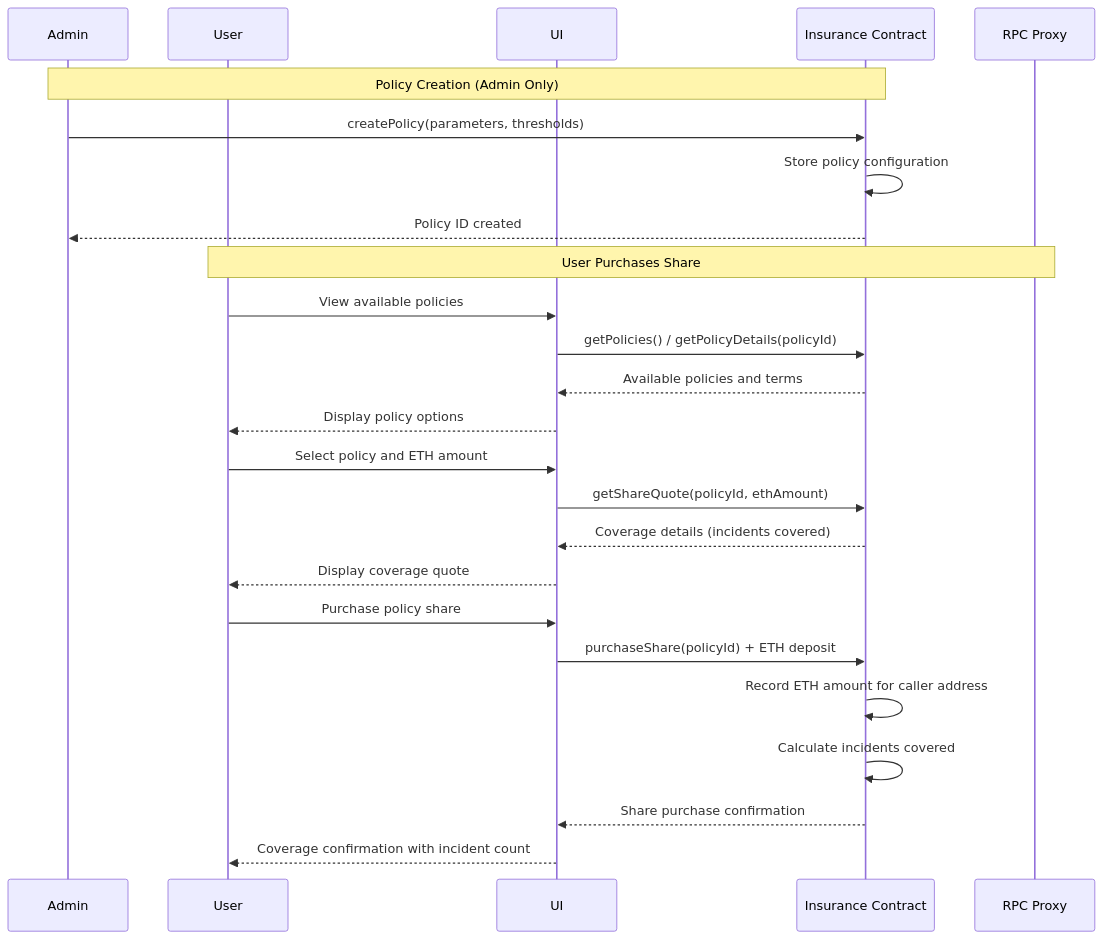
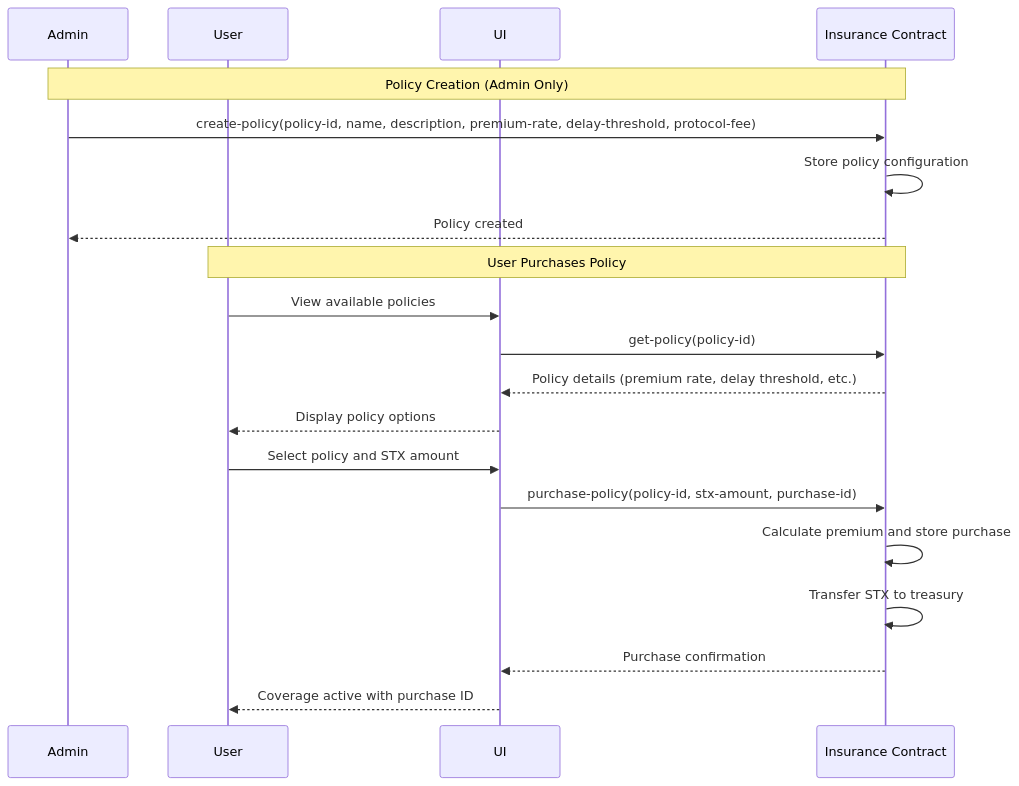
The first of 4 diagrams in README.md (AmaanSayyad/HyperInsure), drawn with Mermaid before and after one commit. The commit also changed other lines of this file and 1 other file, not shown here.

````diff
--- a/README.md
+++ b/README.md
@@ -34,29 +37,24 @@
 ```mermaid
 sequenceDiagram
     participant Admin
     participant User
     participant UI
     participant Insurance Contract
-    participant RPC Proxy
 
     Note over Admin, Insurance Contract: Policy Creation (Admin Only)
-    Admin->>Insurance Contract: createPolicy(parameters, thresholds)
+    Admin->>Insurance Contract: create-policy(policy-id, name, description, premium-rate, delay-threshold, protocol-fee)
     Insurance Contract->>Insurance Contract: Store policy configuration
-    Insurance Contract-->>Admin: Policy ID created
+    Insurance Contract-->>Admin: Policy created
 
-    Note over User, RPC Proxy: User Purchases Share
+    Note over User, Insurance Contract: User Purchases Policy
     User->>UI: View available policies
-    UI->>Insurance Contract: getPolicies() / getPolicyDetails(policyId)
-    Insurance Contract-->>UI: Available policies and terms
+    UI->>Insurance Contract: get-policy(policy-id)
+    Insurance Contract-->>UI: Policy details (premium rate, delay threshold, etc.)
     UI-->>User: Display policy options
-    User->>UI: Select policy and ETH amount
-    UI->>Insurance Contract: getShareQuote(policyId, ethAmount)
-    Insurance Contract-->>UI: Coverage details (incidents covered)
-    UI-->>User: Display coverage quote
-    User->>UI: Purchase policy share
-    UI->>Insurance Contract: purchaseShare(policyId) + ETH deposit
-    Insurance Contract->>Insurance Contract: Record ETH amount for caller address
-    Insurance Contract->>Insurance Contract: Calculate incidents covered
-    Insurance Contract-->>UI: Share purchase confirmation
-    UI-->>User: Coverage confirmation with incident count
+    User->>UI: Select policy and STX amount
+    UI->>Insurance Contract: purchase-policy(policy-id, stx-amount, purchase-id)
+    Insurance Contract->>Insurance Contract: Calculate premium and store purchase
+    Insurance Contract->>Insurance Contract: Transfer STX to treasury
+    Insurance Contract-->>UI: Purchase confirmation
+    UI-->>User: Coverage active with purchase ID
 ```
````
